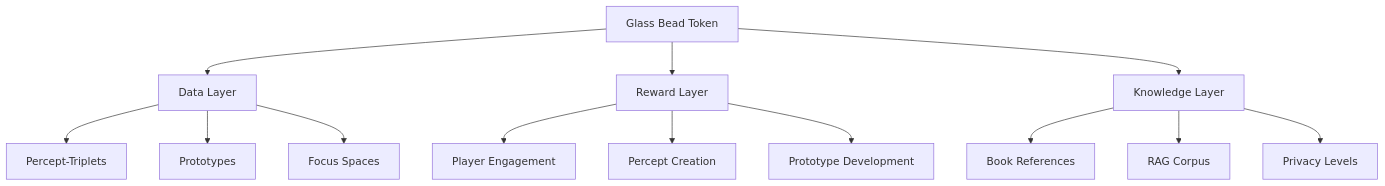
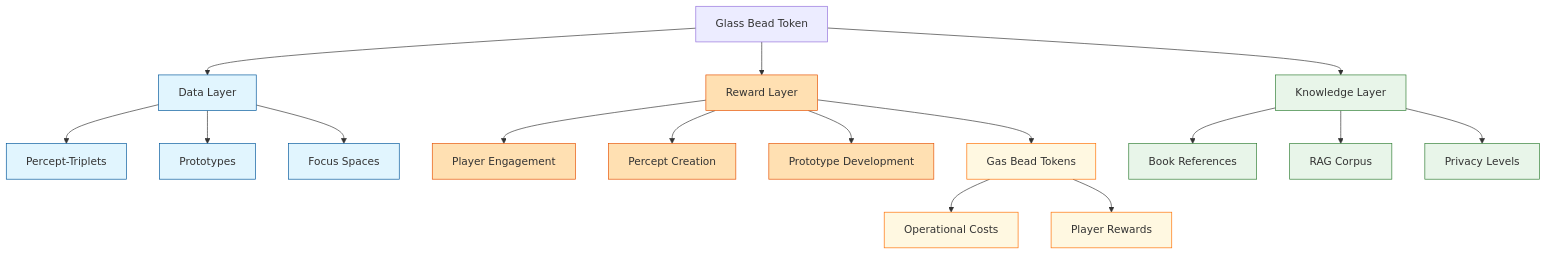
One commit to heavyblotto/memorativa changed the first of 2 diagrams in docs/2. the cybernetic system/memorativa-2-16-glass-bead-tokens.md. Above: the diagram before and after it, drawn with Mermaid. The commit also changed other lines of this file and 16 other files, not shown here.

````diff
--- a/docs/2. the cybernetic system/memorativa-2-16-glass-bead-tokens.md
+++ b/docs/2. the cybernetic system/memorativa-2-16-glass-bead-tokens.md
@@ -959,18 +959,32 @@
 ```mermaid
 graph TD
     GB[Glass Bead Token] --> D[Data Layer]
     GB --> R[Reward Layer]
     GB --> K[Knowledge Layer]
     
     D --> PT[Percept-Triplets]
     D --> PR[Prototypes]
     D --> FS[Focus Spaces]
     
     R --> PE[Player Engagement]
     R --> PC[Percept Creation]
     R --> PD[Prototype Development]
+    R --> GBT[Gas Bead Tokens]
+    
+    GBT --> OC[Operational Costs]
+    GBT --> PRewards[Player Rewards]
     
     K --> BR[Book References]
     K --> RC[RAG Corpus]
     K --> PL[Privacy Levels]
+    
+    classDef dataLayer fill:#e1f5fe,stroke:#01579b
+    classDef rewardLayer fill:#ffe0b2,stroke:#e65100
+    classDef knowledgeLayer fill:#e8f5e9,stroke:#2e7d32
+    classDef tokenEconomy fill:#fff8e1,stroke:#ff6f00
+    
+    class D,PT,PR,FS dataLayer
+    class R,PE,PC,PD rewardLayer
+    class K,BR,RC,PL knowledgeLayer
+    class GBT,OC,PRewards tokenEconomy
 ```
````
